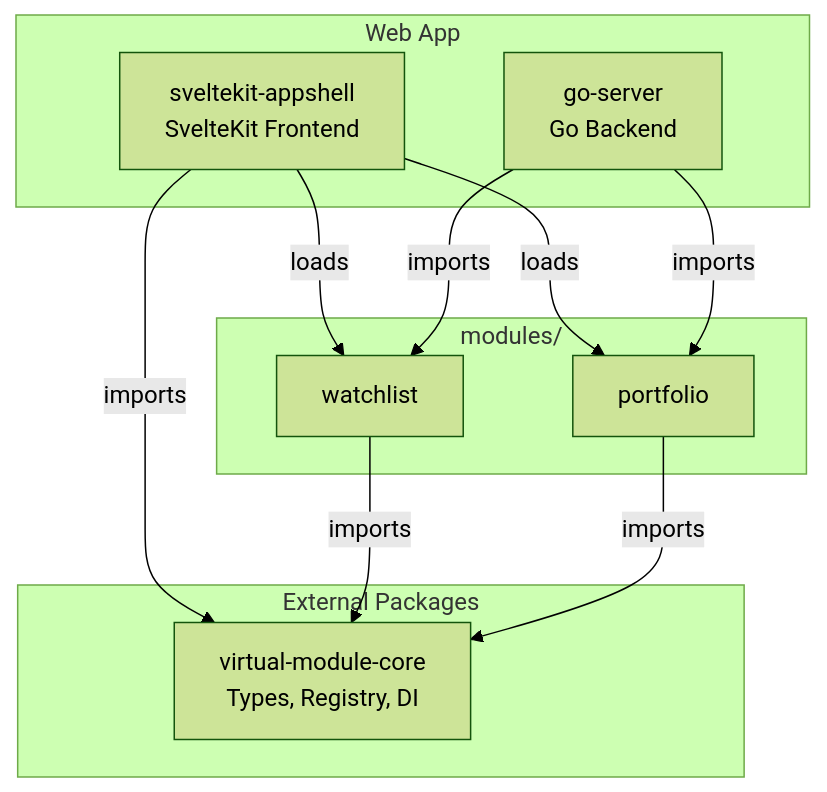
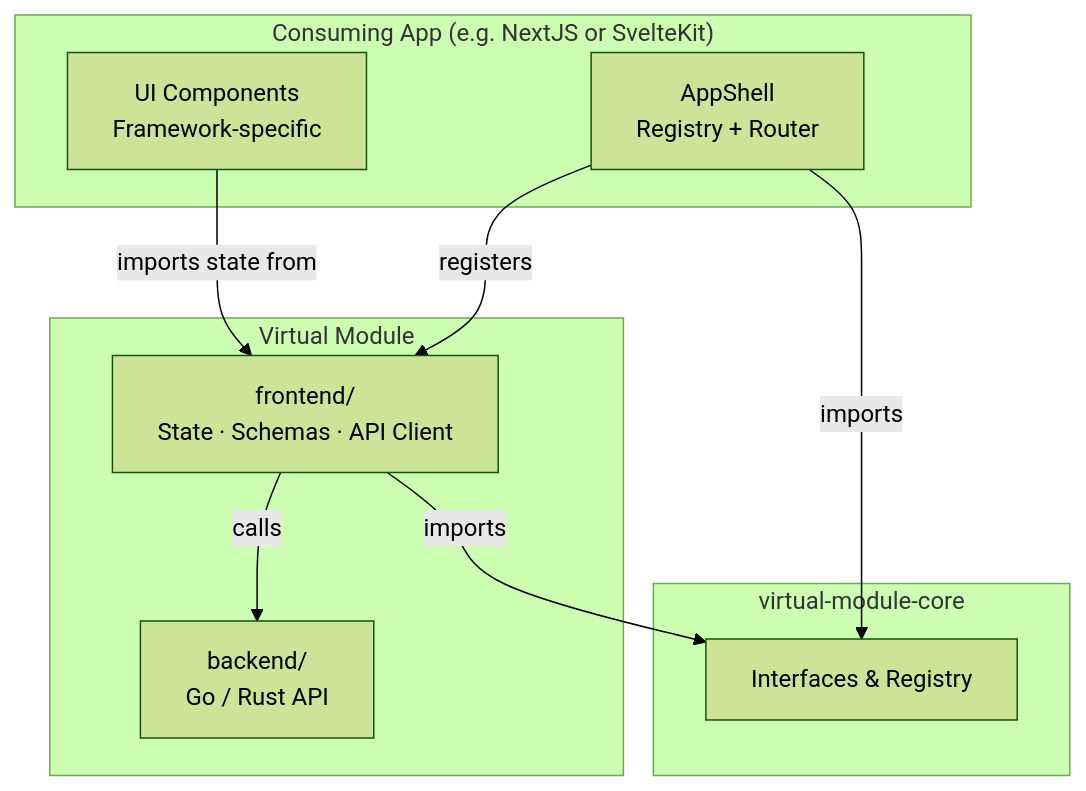
The diagram in docs/APPSHELL-ARCHITECTURE.md (reidlai/virtual-module-core), drawn with Mermaid (forest theme) before and after one commit. The commit also changed other lines of this file and 1 other file, not shown here.

First line of the commit message:
docs: restructure architecture docs with frontend/backend split and remove UI kit dependency

````diff
--- a/docs/APPSHELL-ARCHITECTURE.md
+++ b/docs/APPSHELL-ARCHITECTURE.md
@@ -12,24 +14,22 @@
 ```mermaid
 flowchart TD
-    subgraph Apps["Web App"]
-        SV[sveltekit-appshell<br/>SvelteKit Frontend]
-        TA[go-server<br/>Go Backend]
+    subgraph Apps["Consuming App (e.g. NextJS or SvelteKit)"]
+        UI[UI Components<br/>Framework-specific]
+        Shell[AppShell<br/>Registry + Router]
     end
 
-    subgraph Modules["modules/"]
-        WL[watchlist]
-        PF[portfolio]
+    subgraph VirtMod["Virtual Module"]
+        FE[frontend/<br/>State · Schemas · API Client]
+        BE[backend/<br/>Go / Rust API]
     end
 
-    subgraph External["External Packages"]
-        Core[virtual-module-core<br/>Types, Registry, DI]
+    subgraph Core["virtual-module-core"]
+        Types[Interfaces & Registry]
     end
 
-    SV -->|imports| Core
-    SV -->|loads| WL
-    SV -->|loads| PF
-    WL -->|imports| Core
-    PF -->|imports| Core
-    TA -->|imports| WL
-    TA -->|imports| PF
+    Shell -->|imports| Types
+    UI -->|imports state from| FE
+    Shell -->|registers| FE
+    FE -->|calls| BE
+    FE -->|imports| Types
 ```
````
